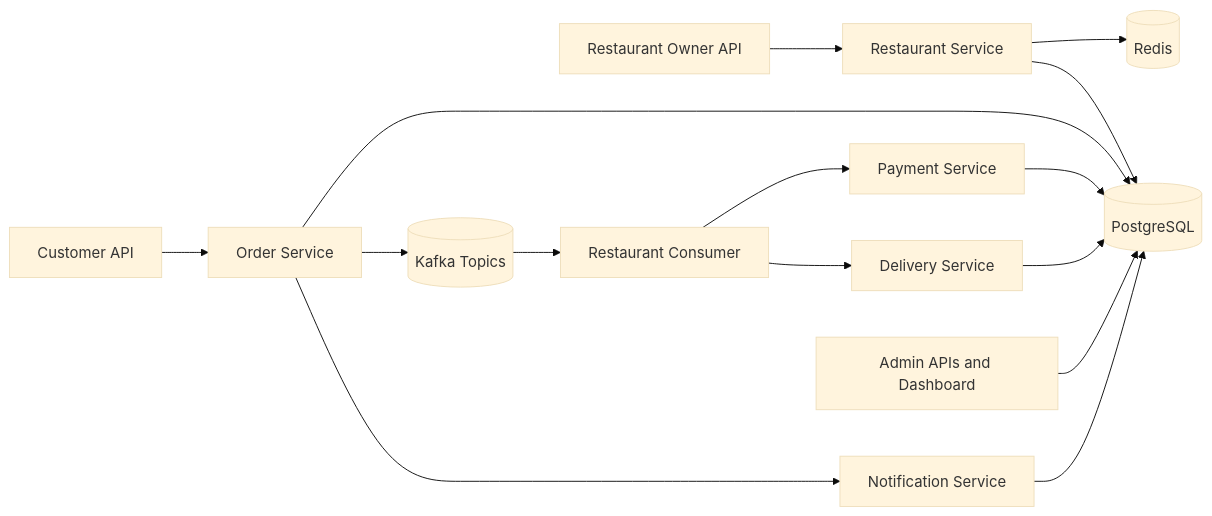
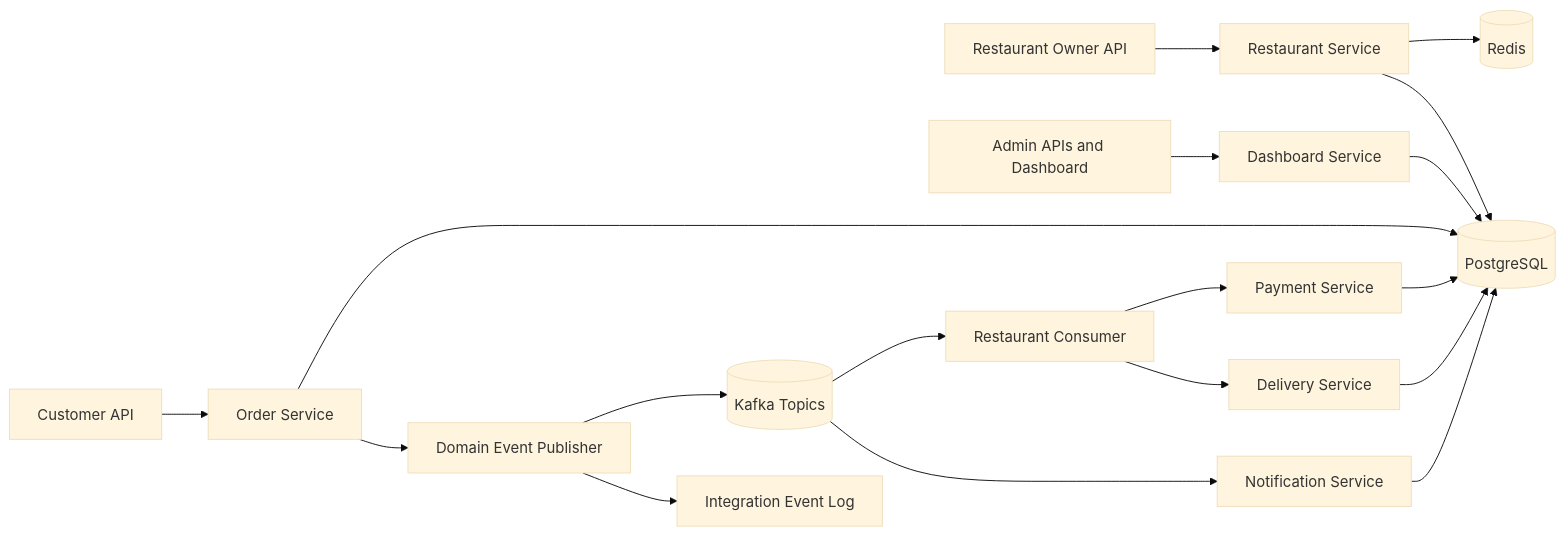
One commit to Dinesh12328/-Event-Driven-Order-Delivery-System changed the diagram in README.md. Above: the diagram before and after it, drawn with Mermaid (base theme). The commit also changed other lines of this file and 2 other files, not shown here.

````diff
--- a/README.md
+++ b/README.md
@@ -16,17 +29,20 @@
 ```mermaid
 flowchart LR
     Customer["Customer API"] --> Order["Order Service"]
     Owner["Restaurant Owner API"] --> Restaurant["Restaurant Service"]
+    Admin["Admin APIs and Dashboard"] --> Reporting["Dashboard Service"]
     Order --> DB[(PostgreSQL)]
     Restaurant --> Cache[(Redis)]
     Restaurant --> DB
-    Order --> Kafka[(Kafka Topics)]
+    Reporting --> DB
+    Order --> Events["Domain Event Publisher"]
+    Events --> Kafka[(Kafka Topics)]
+    Events --> EventLog["Integration Event Log"]
     Kafka --> RestaurantConsumer["Restaurant Consumer"]
     RestaurantConsumer --> Payment["Payment Service"]
     RestaurantConsumer --> Delivery["Delivery Service"]
-    Order --> Notification["Notification Service"]
+    Kafka --> Notification["Notification Service"]
     Payment --> DB
     Delivery --> DB
     Notification --> DB
-    Admin["Admin APIs and Dashboard"] --> DB
 ```
````
